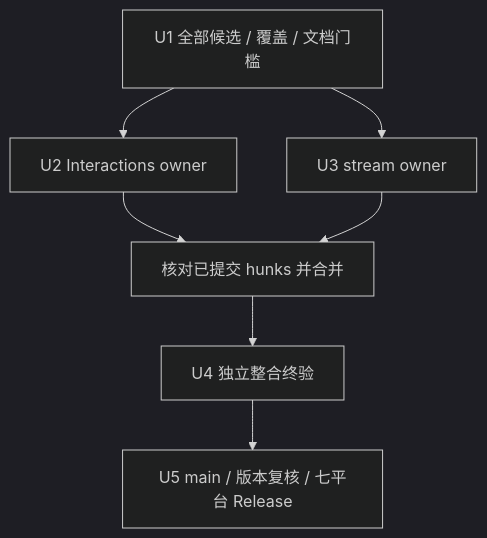
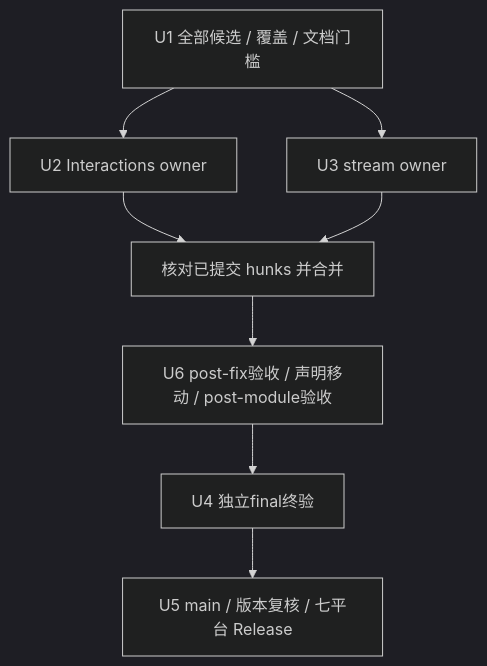
The fifth of 5 diagrams in docs/superpowers/plans/2026-10-11-functional-audit-fixes-implementation.md (DoingDog/cpa-plugin-model-mapper), drawn with Mermaid (dark theme) before and after one commit. The commit also changed other lines of this file and 1 other file, not shown here.

````diff
--- a/docs/superpowers/plans/2026-10-11-functional-audit-fixes-implementation.md
+++ b/docs/superpowers/plans/2026-10-11-functional-audit-fixes-implementation.md
@@ -104,9 +151,10 @@
 ```mermaid
 flowchart TB
   A[U1 全部候选 / 覆盖 / 文档门槛] --> B[U2 Interactions owner]
   A --> C[U3 stream owner]
   B --> D[核对已提交 hunks 并合并]
   C --> D
-  D --> E[U4 独立整合终验]
+  D --> M[U6 post-fix验收 / 声明移动 / post-module验收]
+  M --> E[U4 独立final终验]
   E --> F[U5 main / 版本复核 / 七平台 Release]
 ```
````
